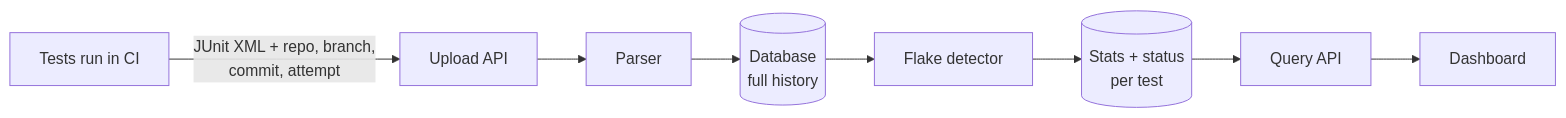
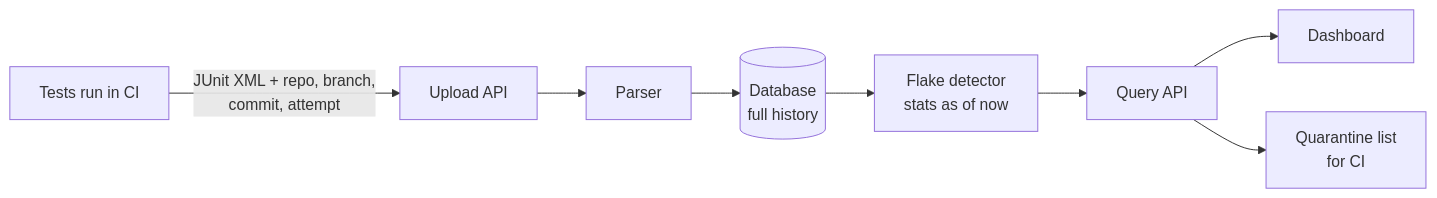
The first of 3 diagrams in README.md (Build-HeliParekh/ci-flakewatch), drawn with Mermaid before and after one commit. The commit also changed other lines of this file and 2 other files, not shown here.

````diff
--- a/README.md
+++ b/README.md
@@ -48,10 +51,10 @@
 ```mermaid
 flowchart LR
     A[Tests run in CI] -->|JUnit XML + repo, branch,<br/>commit, attempt| B[Upload API]
     B --> C[Parser]
     C --> D[(Database<br/>full history)]
-    D --> E[Flake detector]
-    E --> F[(Stats + status<br/>per test)]
-    F --> G[Query API]
+    D --> E[Flake detector<br/>stats as of now]
+    E --> G[Query API]
     G --> H[Dashboard]
+    G --> Q[Quarantine list<br/>for CI]
 ```
````
